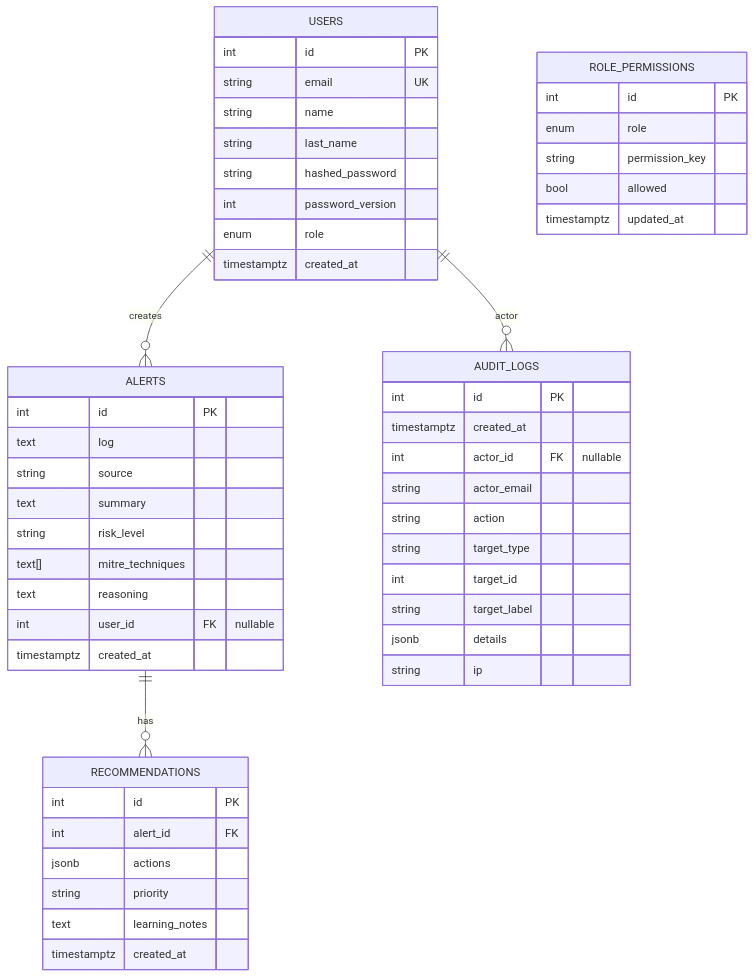
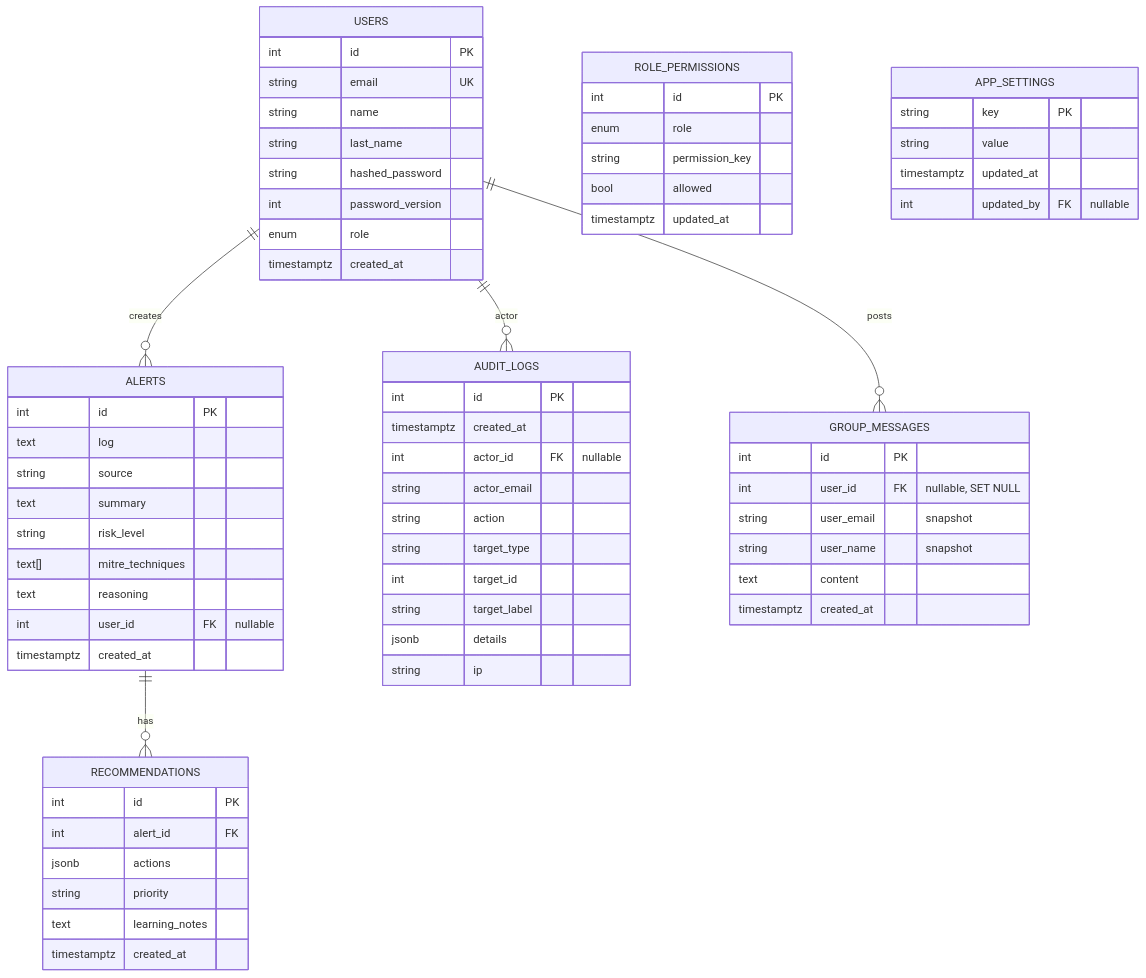
Before and after one commit to f3l0X/soc-copilot: the second of 2 diagrams in docs/03-arquitectura.md, drawn with Mermaid. The commit also changed other lines of this file and 14 other files, not shown here.

````diff
--- a/docs/03-arquitectura.md
+++ b/docs/03-arquitectura.md
@@ -168,55 +185,70 @@
 ```mermaid
 erDiagram
     USERS ||--o{ ALERTS : creates
     USERS ||--o{ AUDIT_LOGS : actor
+    USERS ||--o{ GROUP_MESSAGES : posts
     ALERTS ||--o{ RECOMMENDATIONS : has
 
     USERS {
         int id PK
         string email UK
         string name
         string last_name
         string hashed_password
         int password_version
         enum role
         timestamptz created_at
     }
     ALERTS {
         int id PK
         text log
         string source
         text summary
         string risk_level
         text[] mitre_techniques
         text reasoning
         int user_id FK "nullable"
         timestamptz created_at
     }
     RECOMMENDATIONS {
         int id PK
         int alert_id FK
         jsonb actions
         string priority
         text learning_notes
         timestamptz created_at
     }
     AUDIT_LOGS {
         int id PK
         timestamptz created_at
         int actor_id FK "nullable"
         string actor_email
         string action
         string target_type
         int target_id
         string target_label
         jsonb details
         string ip
     }
     ROLE_PERMISSIONS {
         int id PK
         enum role
         string permission_key
         bool allowed
         timestamptz updated_at
     }
+    GROUP_MESSAGES {
+        int id PK
+        int user_id FK "nullable, SET NULL"
+        string user_email "snapshot"
+        string user_name "snapshot"
+        text content
+        timestamptz created_at
+    }
+    APP_SETTINGS {
+        string key PK
+        string value
+        timestamptz updated_at
+        int updated_by FK "nullable"
+    }
 ```
````
